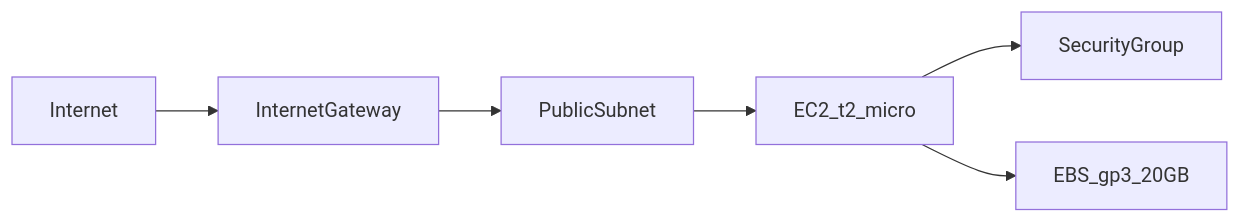
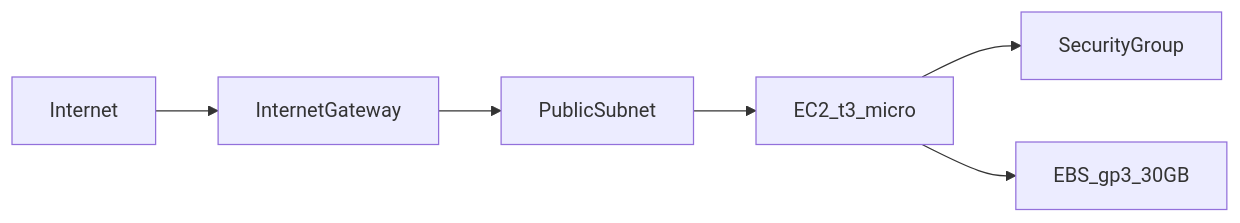
Before and after one commit to luizolivas/teste-esteira-devops: the second of 2 diagrams in README.md, drawn with Mermaid. The commit also changed other lines of this file and 2 other files, not shown here.

Commit message:
fix: t3.micro e disco 30GB para Free Tier atual

````diff
--- a/README.md
+++ b/README.md
@@ -99,8 +99,8 @@
 ```mermaid
 flowchart LR
   Internet --> IGW[InternetGateway]
   IGW --> PubSubnet[PublicSubnet]
-  PubSubnet --> EC2[EC2_t2_micro]
+  PubSubnet --> EC2[EC2_t3_micro]
   EC2 --> SG[SecurityGroup]
-  EC2 --> EBS[EBS_gp3_20GB]
+  EC2 --> EBS[EBS_gp3_30GB]
 ```
````
